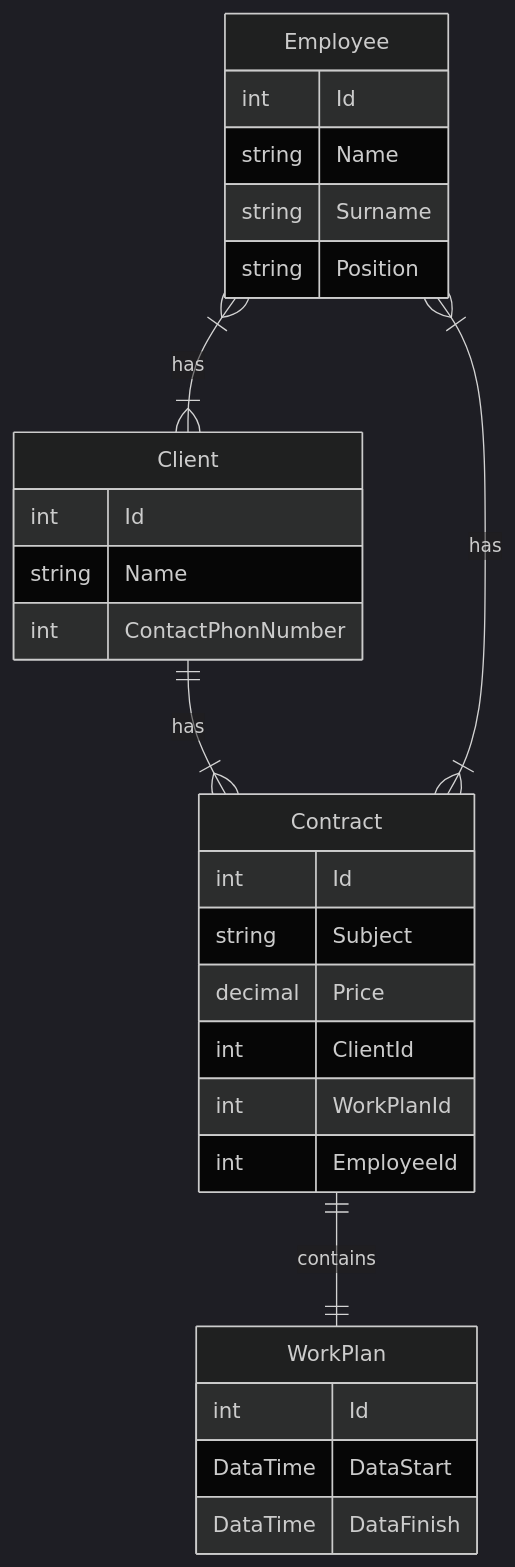
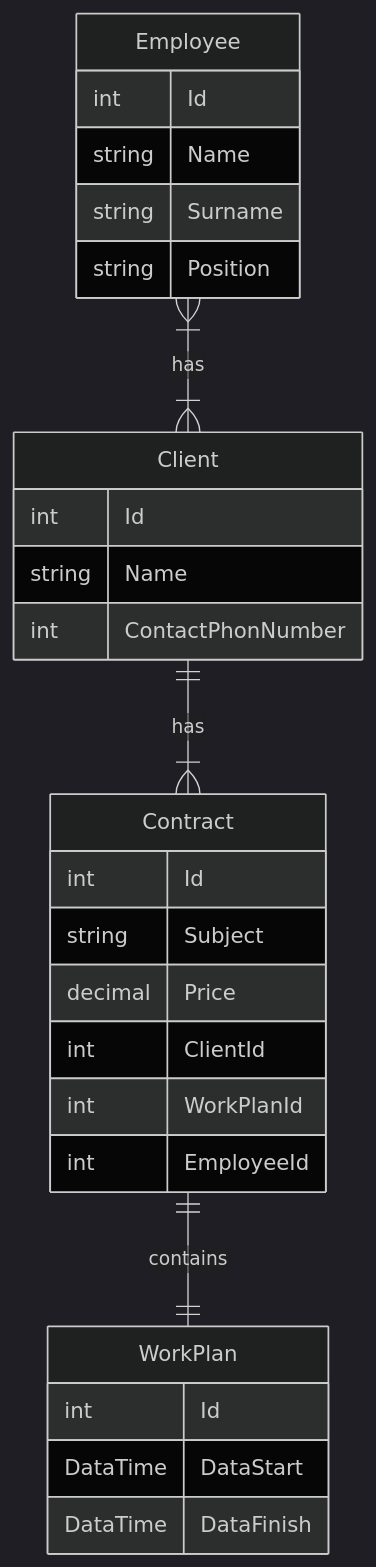
The diagram in README.md (KondratenkoDV/CRM), drawn with Mermaid (dark theme) before and after one commit.

````diff
--- a/README.md
+++ b/README.md
@@ -1,34 +1,33 @@
 ```mermaid
 erDiagram
   Employee }|--|{ Client : has
   Client ||--|{ Contract : has
-  Employee }|--|{ Contract : has
   Contract ||--|| WorkPlan : contains
   Employee{
       int Id
       string Name
       string Surname
       string Position
   }
 
   Client{
       int Id
       string Name
       int ContactPhonNumber
   }
 
   Contract{
       int Id
       string Subject
       decimal Price
       int ClientId
       int WorkPlanId
       int EmployeeId
   }
 
   WorkPlan{
       int Id
       DataTime DataStart
       DataTime DataFinish
   }
   ```
````
